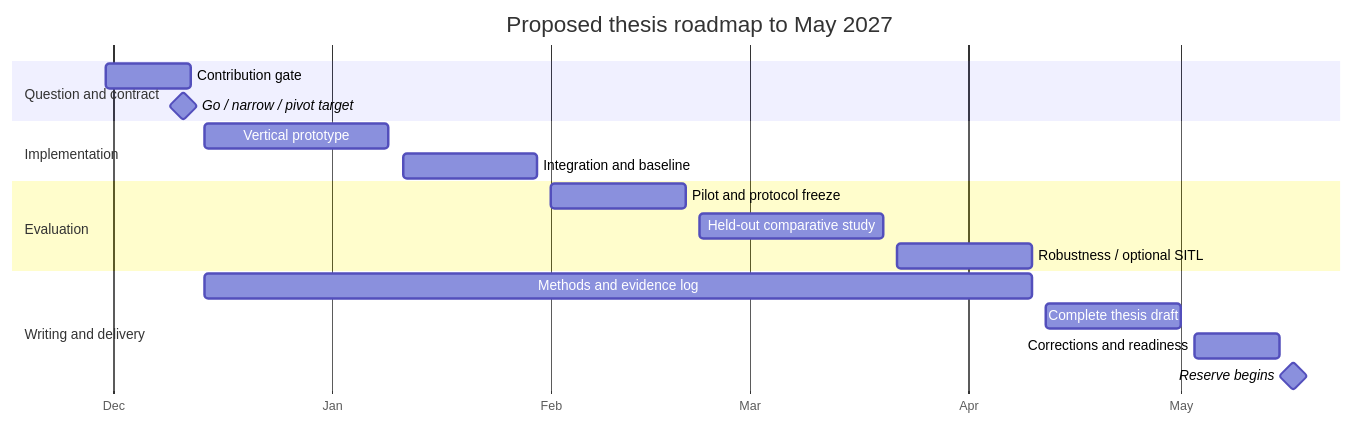
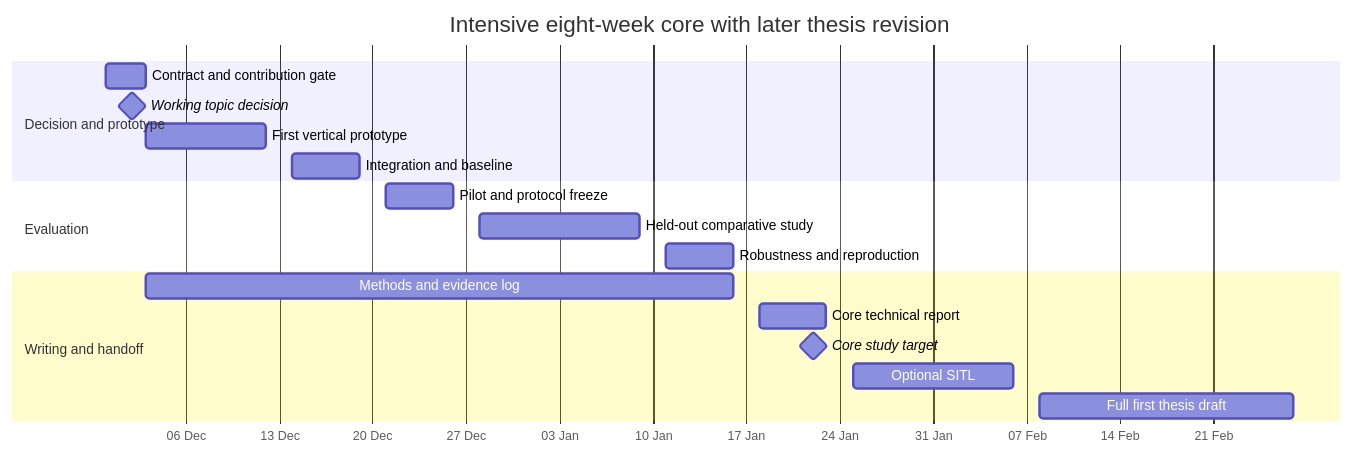
The diagram in docs/07-roadmap-and-team.md (mathissdupont/swarm-rejoin), drawn with Mermaid before and after one commit. The commit also changed other lines of this file and 6 other files, not shown here.

Commit message:
Accelerate contract gate and target an eight-week core study

````diff
--- a/docs/07-roadmap-and-team.md
+++ b/docs/07-roadmap-and-team.md
@@ -38,21 +39,21 @@
 ```mermaid
 gantt
-    title Proposed thesis roadmap to May 2027
+    title Intensive eight-week core with later thesis revision
     dateFormat YYYY-MM-DD
-    axisFormat %b
-    section Question and contract
-    Contribution gate                  :g0, 2026-11-30, 2026-12-12
-    Go / narrow / pivot target         :milestone, 2026-12-11, 0d
-    section Implementation
-    Vertical prototype                 :m1, 2026-12-14, 2027-01-09
-    Integration and baseline           :m2, 2027-01-11, 2027-01-30
+    axisFormat %d %b
+    section Decision and prototype
+    Contract and contribution gate     :g0, 2026-11-30, 2026-12-03
+    Working topic decision             :milestone, 2026-12-02, 0d
+    First vertical prototype           :m1, 2026-12-03, 2026-12-12
+    Integration and baseline           :m2, 2026-12-14, 2026-12-19
     section Evaluation
-    Pilot and protocol freeze          :g1, 2027-02-01, 2027-02-20
-    Held-out comparative study         :m3, 2027-02-22, 2027-03-20
-    Robustness / optional SITL         :m4, 2027-03-22, 2027-04-10
-    section Writing and delivery
-    Methods and evidence log           :2026-12-14, 2027-04-10
-    Complete thesis draft              :m5, 2027-04-12, 2027-05-01
-    Corrections and readiness          :m6, 2027-05-03, 2027-05-15
-    Reserve begins                     :milestone, 2027-05-17, 0d
+    Pilot and protocol freeze          :g1, 2026-12-21, 2026-12-26
+    Held-out comparative study         :m3, 2026-12-28, 2027-01-09
+    Robustness and reproduction        :m4, 2027-01-11, 2027-01-16
+    section Writing and handoff
+    Methods and evidence log           :2026-12-03, 2027-01-16
+    Core technical report              :m5, 2027-01-18, 2027-01-23
+    Core study target                  :milestone, 2027-01-22, 0d
+    Optional SITL                      :m6, 2027-01-25, 2027-02-06
+    Full first thesis draft            :m7, 2027-02-08, 2027-02-27
 ```
````
